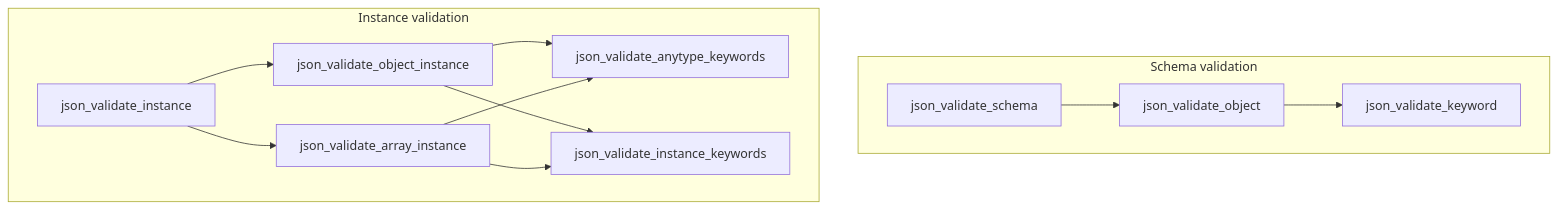
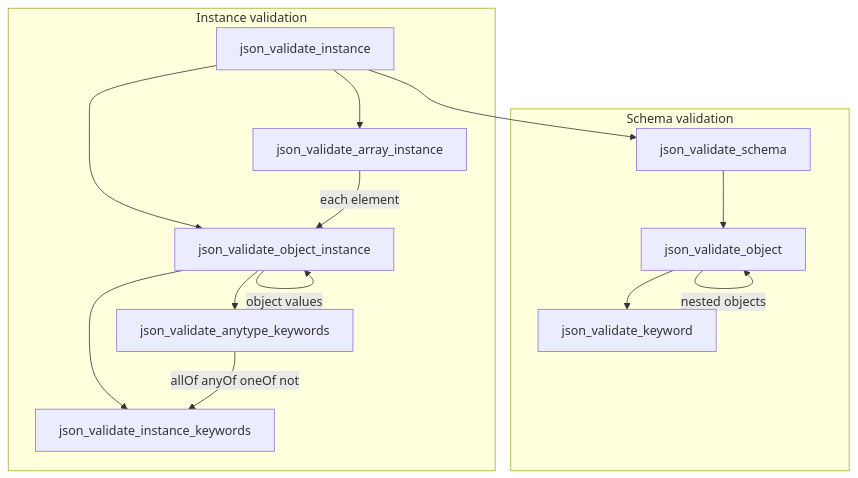
Before and after one commit to goddtriffin/json-schema-rs: the second of 2 diagrams in research/reports/c/helmut-jacob-jsonschema-c.md, drawn with Mermaid. The commit also changed other lines of this file and 51 other files, not shown here.

````diff
--- a/research/reports/c/helmut-jacob-jsonschema-c.md
+++ b/research/reports/c/helmut-jacob-jsonschema-c.md
@@ -99,23 +104,26 @@
 ```mermaid
 flowchart TB
   subgraph schemaMod [Schema validation]
     ValidateSchema[json_validate_schema]
     ValidateObject[json_validate_object]
     ValidateKeyword[json_validate_keyword]
     ValidateSchema --> ValidateObject
     ValidateObject --> ValidateKeyword
+    ValidateObject -->|"nested objects"| ValidateObject
   end
   subgraph instanceMod [Instance validation]
     ValidateInstance[json_validate_instance]
     ObjectInstance[json_validate_object_instance]
     ArrayInstance[json_validate_array_instance]
     AnyType[json_validate_anytype_keywords]
     TypeKeywords[json_validate_instance_keywords]
+    ValidateInstance --> ValidateSchema
     ValidateInstance --> ObjectInstance
     ValidateInstance --> ArrayInstance
+    ObjectInstance -->|"object values"| ObjectInstance
     ObjectInstance --> AnyType
     ObjectInstance --> TypeKeywords
-    ArrayInstance --> AnyType
-    ArrayInstance --> TypeKeywords
+    ArrayInstance -->|"each element"| ObjectInstance
+    AnyType -->|"allOf anyOf oneOf not"| TypeKeywords
   end
 ```
````
